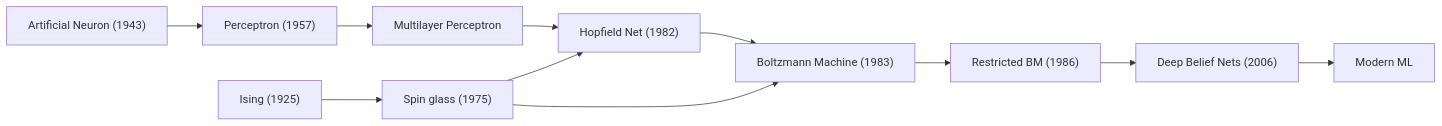
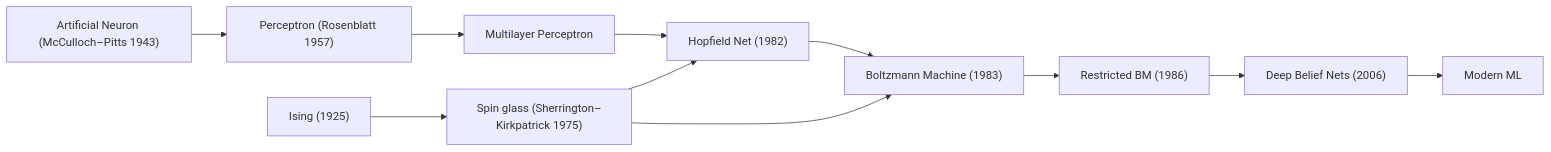
The diagram in TIE/ising_enigma_explainer.md (pyokosmeme/FGtoAshes), drawn with Mermaid before and after one commit. The commit also changed other lines of this file, not shown here.

````diff
--- a/TIE/ising_enigma_explainer.md
+++ b/TIE/ising_enigma_explainer.md
@@ -74,16 +148,16 @@
 ```mermaid
 flowchart LR
-  AN["Artificial Neuron (1943)"]
-  Perc["Perceptron (1957)"]
+  AN["Artificial Neuron (McCulloch–Pitts 1943)"]
+  Perc["Perceptron (Rosenblatt 1957)"]
   MLP["Multilayer Perceptron"]
   Ising["Ising (1925)"]
-  SG["Spin glass (1975)"]
+  SG["Spin glass (Sherrington–Kirkpatrick 1975)"]
   Hop["Hopfield Net (1982)"]
   BM["Boltzmann Machine (1983)"]
   RBM["Restricted BM (1986)"]
   DBN["Deep Belief Nets (2006)"]
   ML["Modern ML"]
   AN-->Perc-->MLP-->Hop-->BM-->RBM-->DBN-->ML
   Ising-->SG-->Hop
   SG-->BM
 ```
````
